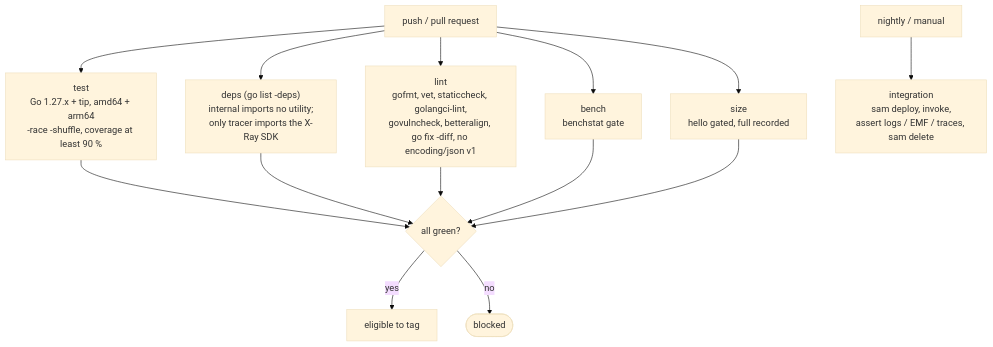
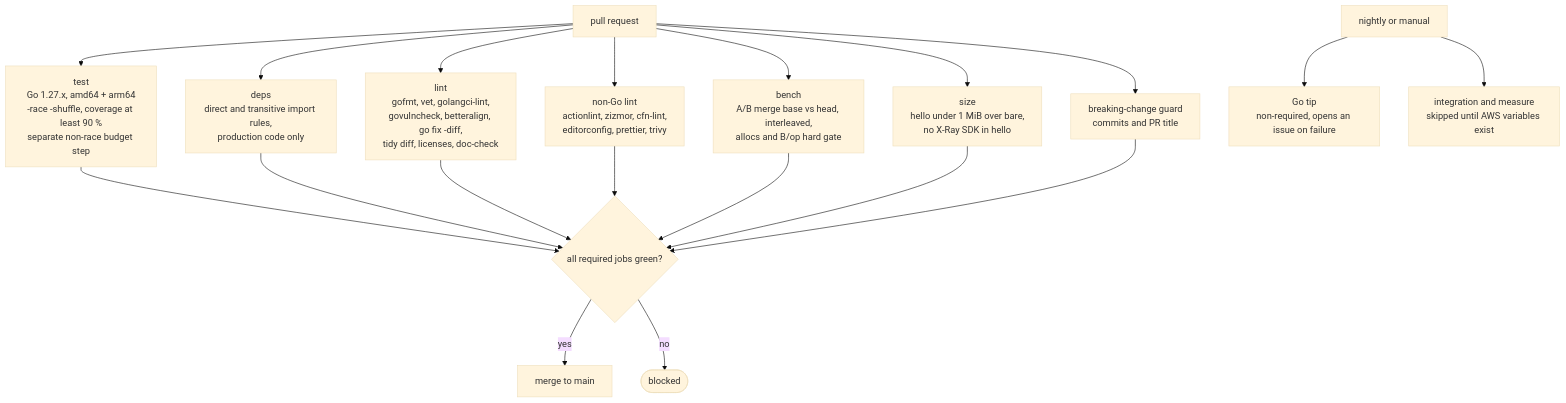
One commit to christiangda/powertools-lambda-go-plan changed the first of 2 diagrams in 06-testing-and-ci.md. Above: the diagram before and after it, drawn with Mermaid (base theme). The commit also changed other lines of this file and 11 other files, not shown here.

````diff
--- a/06-testing-and-ci.md
+++ b/06-testing-and-ci.md
@@ -74,12 +296,15 @@
 ```mermaid
 flowchart TB
-  push["push / pull request"] --> test["test<br/>Go 1.27.x + tip, amd64 + arm64<br/>-race -shuffle, coverage at least 90 %"]
-  push --> deps["deps (go list -deps)<br/>internal imports no utility;<br/>only tracer imports the X-Ray SDK"]
-  push --> lint["lint<br/>gofmt, vet, staticcheck, golangci-lint,<br/>govulncheck, betteralign, go fix -diff, no encoding/json v1"]
-  push --> bench["bench<br/>benchstat gate"]
-  push --> size["size<br/>hello gated, full recorded"]
-  nightly["nightly / manual"] --> integ["integration<br/>sam deploy, invoke,<br/>assert logs / EMF / traces, sam delete"]
-  test & deps & lint & bench & size --> merge{all green?}
-  merge -- yes --> tag["eligible to tag"]
-  merge -- no --> stop([blocked])
+  pr["pull request"] --> test["test<br/>Go 1.27.x, amd64 + arm64<br/>-race -shuffle, coverage at least 90 %<br/>separate non-race budget step"]
+  pr --> deps["deps<br/>direct and transitive import rules,<br/>production code only"]
+  pr --> lint["lint<br/>gofmt, vet, golangci-lint,<br/>govulncheck, betteralign, go fix -diff,<br/>tidy diff, licenses, doc-check"]
+  pr --> nongo["non-Go lint<br/>actionlint, zizmor, cfn-lint,<br/>editorconfig, prettier, trivy"]
+  pr --> bench["bench<br/>A/B merge base vs head, interleaved,<br/>allocs and B/op hard gate"]
+  pr --> size["size<br/>hello under 1 MiB over bare,<br/>no X-Ray SDK in hello"]
+  pr --> guard["breaking-change guard<br/>commits and PR title"]
+  test & deps & lint & nongo & bench & size & guard --> merge{"all required jobs green?"}
+  merge -- yes --> main["merge to main"]
+  merge -- no --> stop(["blocked"])
+  nightly["nightly or manual"] --> tip["Go tip<br/>non-required, opens an issue on failure"]
+  nightly --> integ["integration and measure<br/>skipped until AWS variables exist"]
 ```
````
